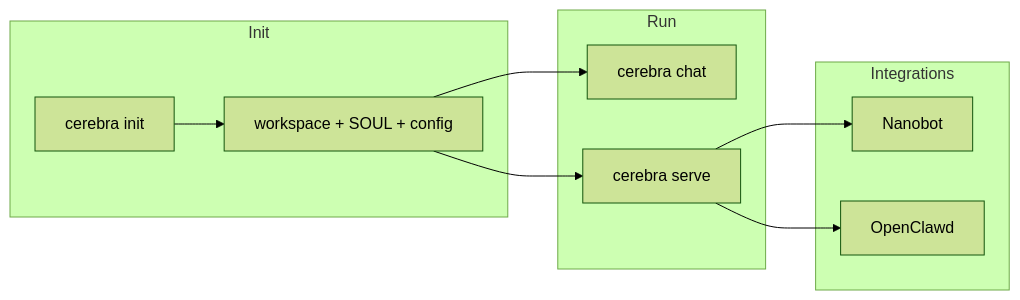
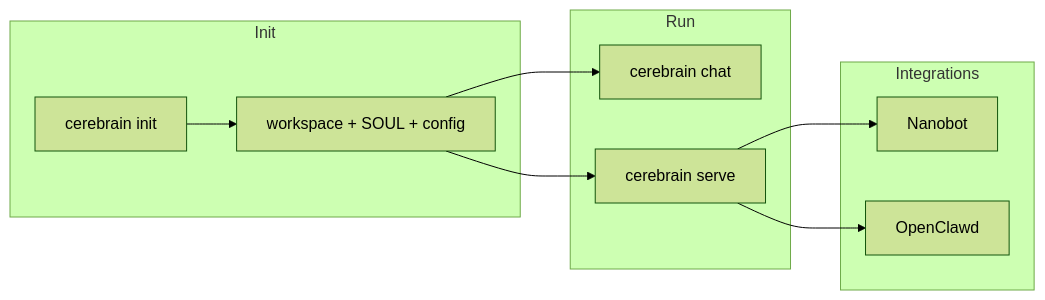
Before and after one commit to shuurai/cerebrain: the first of 2 diagrams in docs/PROPOSAL.md, drawn with Mermaid (forest theme). The commit also changed other lines of this file and 39 other files, not shown here.

````diff
--- a/docs/PROPOSAL.md
+++ b/docs/PROPOSAL.md
@@ -34,14 +55,14 @@
 ```mermaid
 flowchart LR
   subgraph init [Init]
-    A[cerebra init] --> B[workspace + SOUL + config]
+    A[cerebrain init] --> B[workspace + SOUL + config]
   end
   subgraph run [Run]
-    B --> C[cerebra chat]
-    B --> D[cerebra serve]
+    B --> C[cerebrain chat]
+    B --> D[cerebrain serve]
   end
   subgraph external [Integrations]
     D --> E[Nanobot]
     D --> F[OpenClawd]
   end
 ```
````
